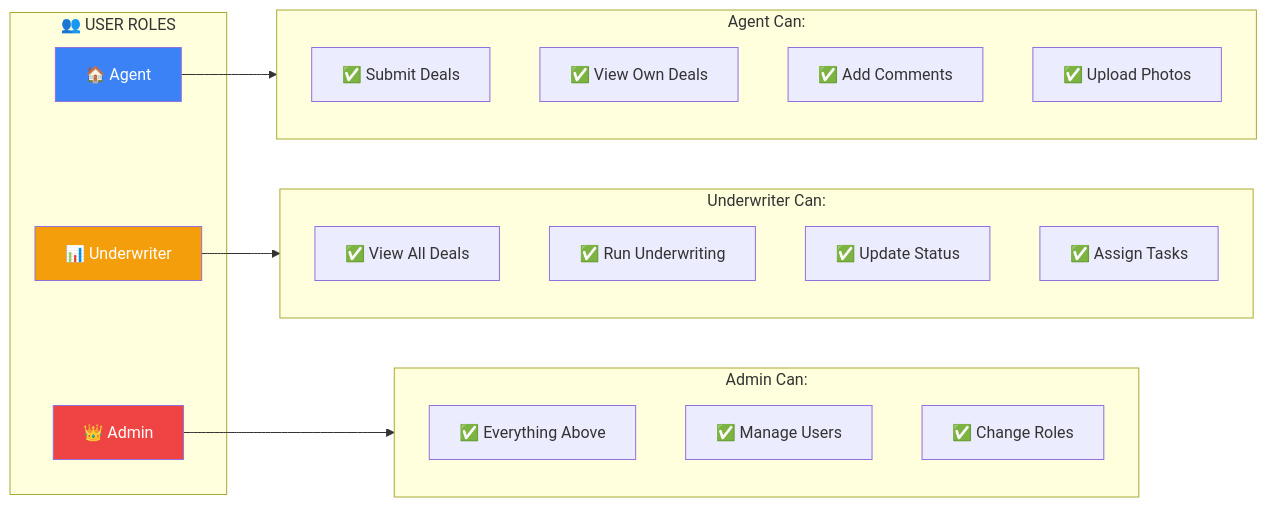
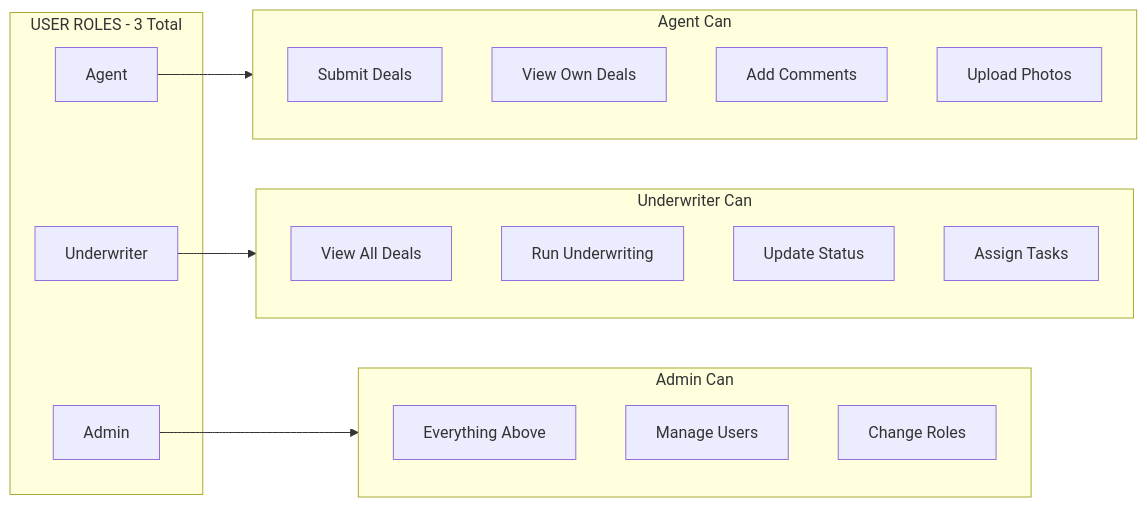
Before and after one commit to jngonzales/architecture: the second of 7 diagrams in README.md, drawn with Mermaid. The commit also changed other lines of this file, not shown here.

````diff
--- a/README.md
+++ b/README.md
@@ -27,36 +29,32 @@
 ```mermaid
 flowchart LR
-    subgraph Roles["👥 USER ROLES"]
-        Agent["🏠 Agent"]
-        UW["📊 Underwriter"]
-        Admin["👑 Admin"]
+    subgraph Roles["USER ROLES - 3 Total"]
+        Agent["Agent"]
+        UW["Underwriter"]
+        Admin["Admin"]
     end
 
-    subgraph AgentPerms["Agent Can:"]
-        A1["✅ Submit Deals"]
-        A2["✅ View Own Deals"]
-        A3["✅ Add Comments"]
-        A4["✅ Upload Photos"]
+    subgraph AgentPerms["Agent Can"]
+        A1["Submit Deals"]
+        A2["View Own Deals"]
+        A3["Add Comments"]
+        A4["Upload Photos"]
     end
 
-    subgraph UWPerms["Underwriter Can:"]
-        U1["✅ View All Deals"]
-        U2["✅ Run Underwriting"]
-        U3["✅ Update Status"]
-        U4["✅ Assign Tasks"]
+    subgraph UWPerms["Underwriter Can"]
+        U1["View All Deals"]
+        U2["Run Underwriting"]
+        U3["Update Status"]
+        U4["Assign Tasks"]
     end
 
-    subgraph AdminPerms["Admin Can:"]
-        AD1["✅ Everything Above"]
-        AD2["✅ Manage Users"]
-        AD3["✅ Change Roles"]
+    subgraph AdminPerms["Admin Can"]
+        AD1["Everything Above"]
+        AD2["Manage Users"]
+        AD3["Change Roles"]
     end
 
     Agent --> AgentPerms
     UW --> UWPerms
     Admin --> AdminPerms
-
-    style Agent fill:#3b82f6,color:#fff
-    style UW fill:#f59e0b,color:#fff
-    style Admin fill:#ef4444,color:#fff
 ```
````
